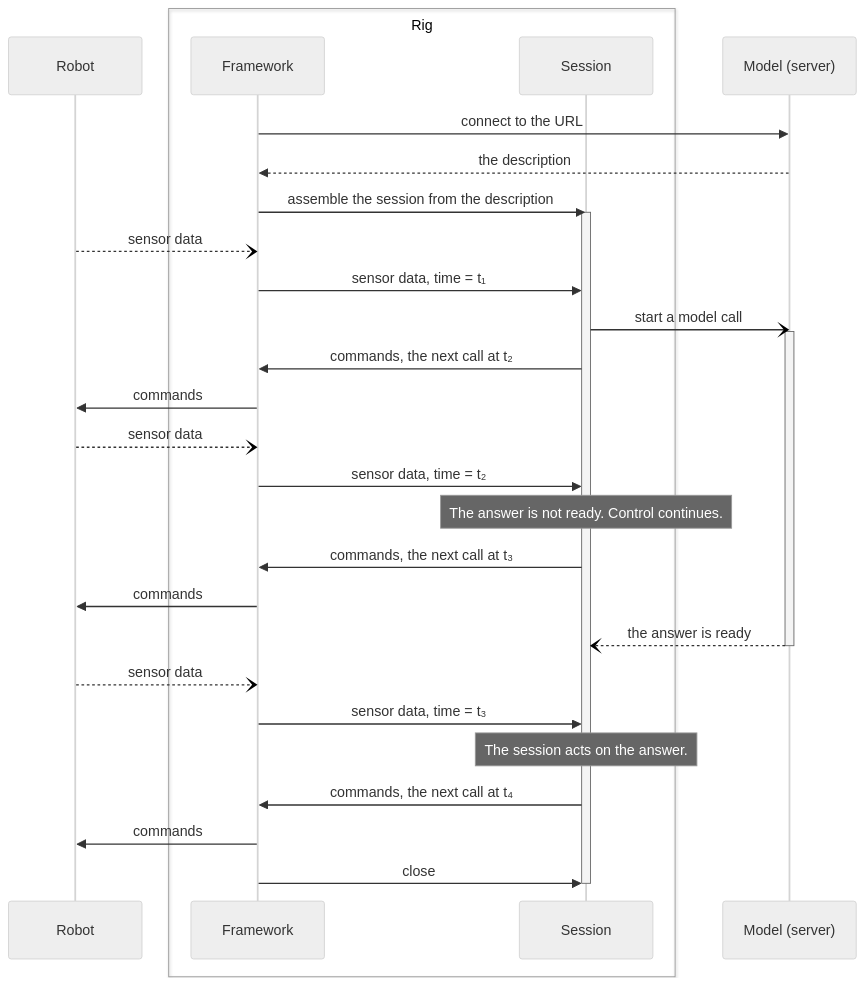
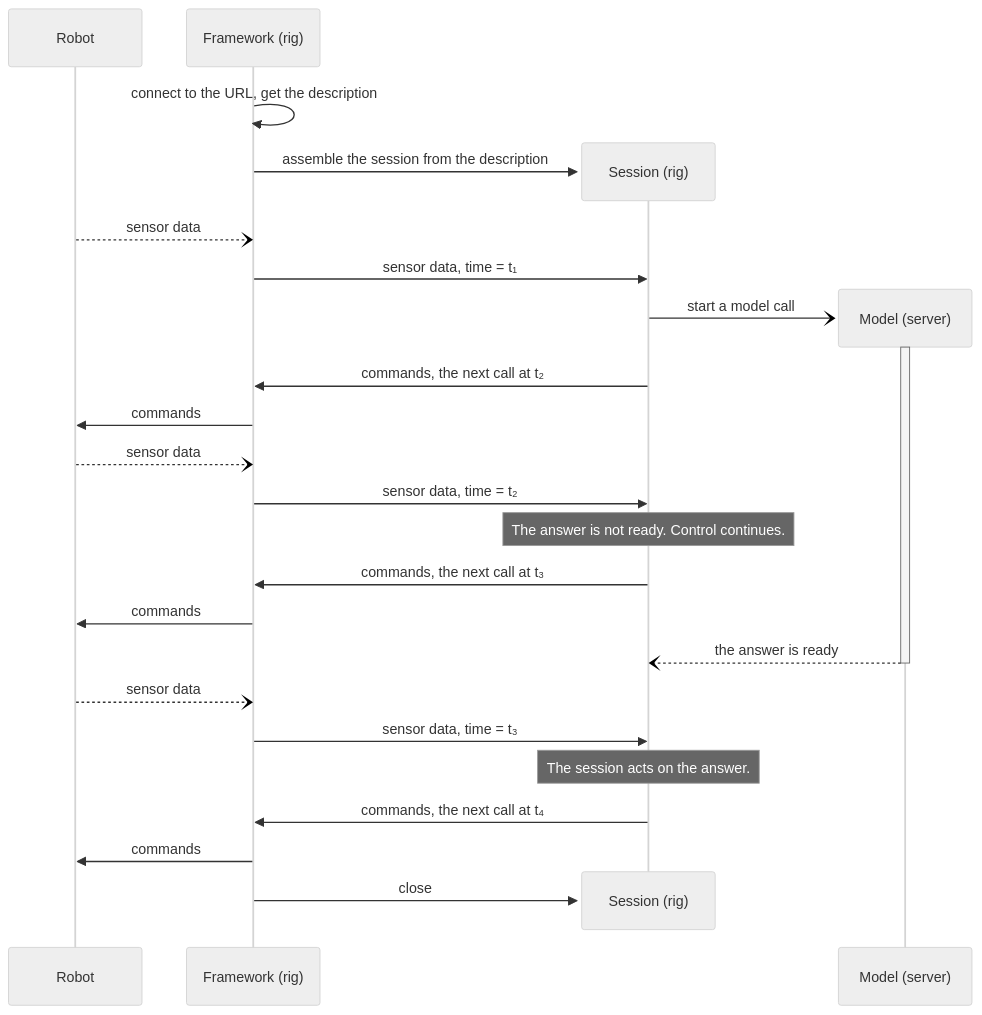
Before and after one commit to Positronic-Robotics/positronic: the first of 2 diagrams in positronic/policy/DESIGN.md, drawn with Mermaid (neutral theme).

Commit message:
Start the session and the model columns at their first use

````diff
--- a/positronic/policy/DESIGN.md
+++ b/positronic/policy/DESIGN.md
@@ -137,33 +137,29 @@
 ```mermaid
 sequenceDiagram
     participant R as Robot
-    box Rig
-        participant F as Framework
-        participant S as Session
-    end
-    participant M as Model (server)
-    F->>M: connect to the URL
-    M-->>F: the description
+    participant F as Framework (rig)
+    F->>F: connect to the URL, get the description
+    create participant S as Session (rig)
     F->>S: assemble the session from the description
-    activate S
     R--)F: sensor data
     F->>S: sensor data, time = t₁
+    create participant M as Model (server)
     S-)M: start a model call
     activate M
     S->>F: commands, the next call at t₂
     F->>R: commands
     R--)F: sensor data
     F->>S: sensor data, time = t₂
     Note over S: The answer is not ready. Control continues.
     S->>F: commands, the next call at t₃
     F->>R: commands
     M--)S: the answer is ready
     deactivate M
     R--)F: sensor data
     F->>S: sensor data, time = t₃
     Note over S: The session acts on the answer.
     S->>F: commands, the next call at t₄
     F->>R: commands
+    destroy S
     F->>S: close
-    deactivate S
 ```
````
